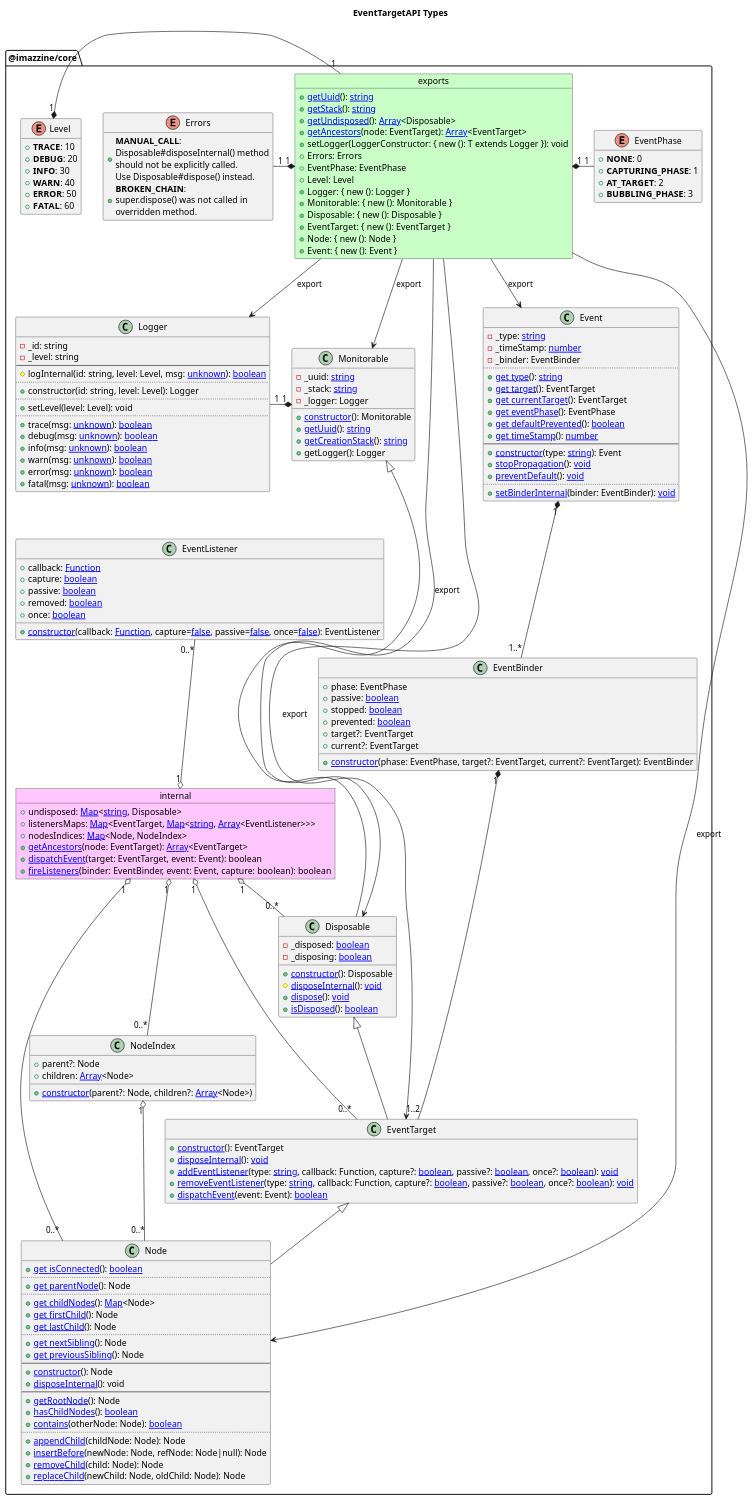
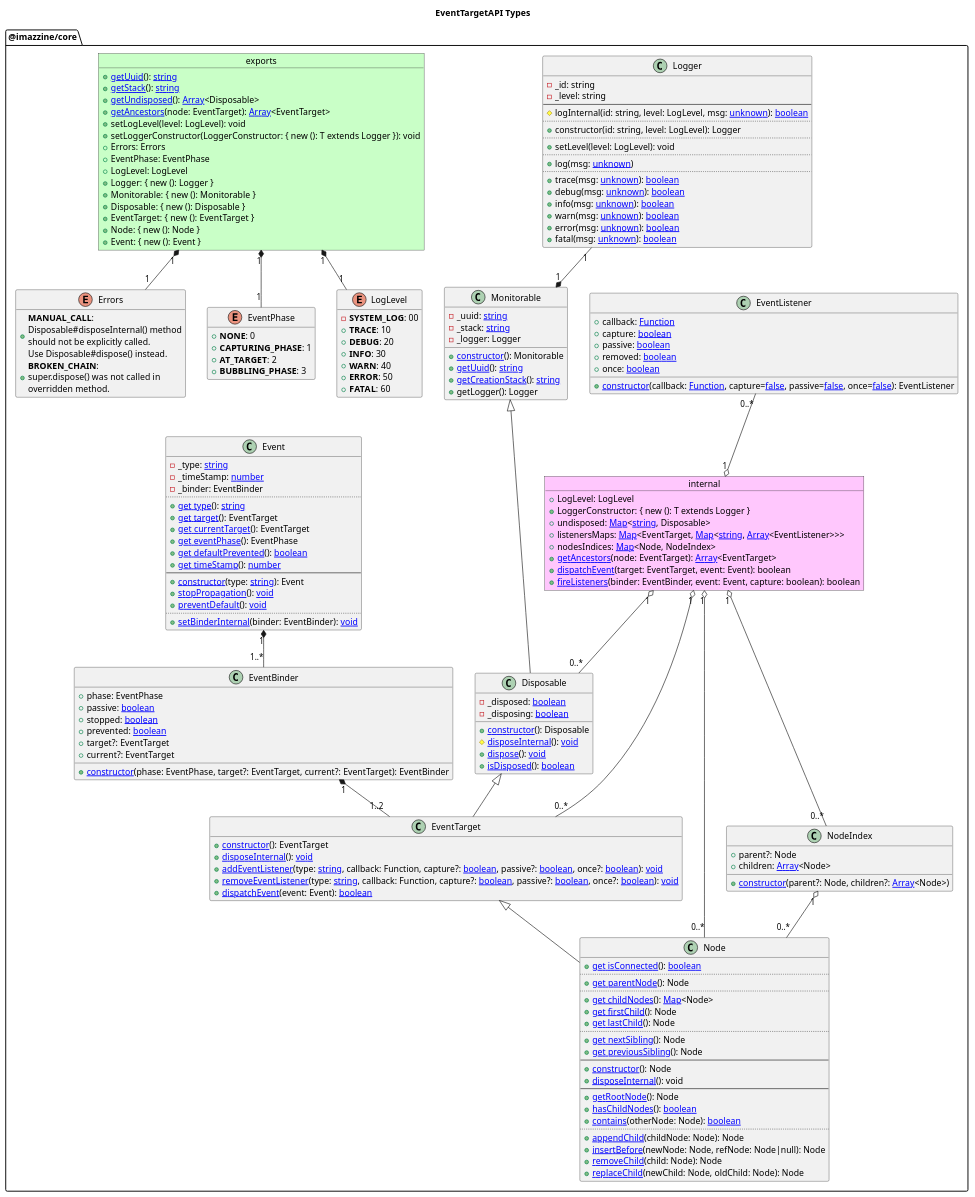
Before and after one commit to imazzine/imazzine.github.io: the first of 50 diagrams in _uml/puml/EventTargetAPI.puml, drawn with PlantUML. The commit also changed 1 other file, not shown here.

```diff
--- a/_uml/puml/EventTargetAPI.puml
+++ b/_uml/puml/EventTargetAPI.puml
@@ -9,6 +9,8 @@
     package "@imazzine/core" as ImazzineCorePackage {
 
         object internal #ffc7fd {
+            +LogLevel: LogLevel
+            +LoggerConstructor: { new (): T extends Logger }
             +undisposed: [[https://developer.mozilla.org/en-US/docs/Web/JavaScript/Reference/Global_Objects/Map Map]]<[[https://developer.mozilla.org/en-US/docs/Web/JavaScript/Reference/Global_Objects/String string]], Disposable>
             +listenersMaps: [[https://developer.mozilla.org/en-US/docs/Web/JavaScript/Reference/Global_Objects/Map Map]]<EventTarget, [[https://developer.mozilla.org/en-US/docs/Web/JavaScript/Reference/Global_Objects/Map Map]]<[[https://developer.mozilla.org/en-US/docs/Web/JavaScript/Reference/Global_Objects/String string]], [[https://developer.mozilla.org/en-US/docs/Web/JavaScript/Reference/Global_Objects/Array Array]]<EventListener>>>
             +nodesIndices: [[https://developer.mozilla.org/en-US/docs/Web/JavaScript/Reference/Global_Objects/Map Map]]<Node, NodeIndex>
@@ -22,10 +24,11 @@
             +[[./Definition_exports.getStack.svg getStack]](): [[https://developer.mozilla.org/en-US/docs/Web/JavaScript/Reference/Global_Objects/String string]]
             +[[./Definition_exports.getUndisposed.svg getUndisposed]](): [[https://developer.mozilla.org/en-US/docs/Web/JavaScript/Reference/Global_Objects/Array Array]]<Disposable>
             +[[./Definition_exports.getAncestors.svg getAncestors]](node: EventTarget): [[https://developer.mozilla.org/en-US/docs/Web/JavaScript/Reference/Global_Objects/Array Array]]<EventTarget>
-            +setLogger(LoggerConstructor: { new (): T extends Logger }): void
+            +setLogLevel(level: LogLevel): void
+            +setLoggerConstructor(LoggerConstructor: { new (): T extends Logger }): void
             +Errors: Errors
             +EventPhase: EventPhase
-            +Level: Level
+            +LogLevel: LogLevel
             +Logger: { new (): Logger }
             +Monitorable: { new (): Monitorable }
             +Disposable: { new (): Disposable }
@@ -38,7 +41,8 @@
             +<b>MANUAL_CALL</b>:\nDisposable#disposeInternal() method\nshould not be explicitly called.\nUse Disposable#dispose() instead.
             +<b>BROKEN_CHAIN</b>:\nsuper.dispose() was not called in\noverridden method.
         }
-        ImazzineCorePackageErrors "1" -* "1" ImazzineCorePackageExports
+        ' ImazzineCorePackageErrors "1" -* "1" ImazzineCorePackageExports
+        ImazzineCorePackageExports "1" *-- "1" ImazzineCorePackageErrors
 
         enum EventPhase {
             +<b>NONE</b>: 0
@@ -46,9 +50,10 @@
             +<b>AT_TARGET</b>: 2
             +<b>BUBBLING_PHASE</b>: 3
         }
-        ImazzineCorePackageExports "1" *- "1" EventPhase
+        ImazzineCorePackageExports "1" *-- "1" EventPhase
 
-        enum Level {
+        enum LogLevel {
+            -<b>SYSTEM_LOG</b>: 00
             +<b>TRACE</b>: 10
             +<b>DEBUG</b>: 20
             +<b>INFO</b>: 30
@@ -56,17 +61,20 @@
             +<b>ERROR</b>: 50
             +<b>FATAL</b>: 60
         }
-        Level "1" *- "1" ImazzineCorePackageExports
+        ' LogLevel "1" -* "1" ImazzineCorePackageExports
+        ImazzineCorePackageExports "1" *-- "1" LogLevel
 
         class Logger {
             -_id: string
             -_level: string
             --
-            #logInternal(id: string, level: Level, msg: [[https://www.typescriptlang.org/docs/handbook/2/functions.html#unknown unknown]]): [[https://developer.mozilla.org/en-US/docs/Web/JavaScript/Reference/Global_Objects/Boolean boolean]]
+            #logInternal(id: string, level: LogLevel, msg: [[https://www.typescriptlang.org/docs/handbook/2/functions.html#unknown unknown]]): [[https://developer.mozilla.org/en-US/docs/Web/JavaScript/Reference/Global_Objects/Boolean boolean]]
             ..
-            +constructor(id: string, level: Level): Logger
+            +constructor(id: string, level: LogLevel): Logger
             ..
-            +setLevel(level: Level): void
+            +setLevel(level: LogLevel): void
+            ..
+            +log(msg: [[https://www.typescriptlang.org/docs/handbook/2/functions.html#unknown unknown]])
             ..
             +trace(msg: [[https://www.typescriptlang.org/docs/handbook/2/functions.html#unknown unknown]]): [[https://developer.mozilla.org/en-US/docs/Web/JavaScript/Reference/Global_Objects/Boolean boolean]]
             +debug(msg: [[https://www.typescriptlang.org/docs/handbook/2/functions.html#unknown unknown]]): [[https://developer.mozilla.org/en-US/docs/Web/JavaScript/Reference/Global_Objects/Boolean boolean]]
@@ -75,7 +83,7 @@
             +error(msg: [[https://www.typescriptlang.org/docs/handbook/2/functions.html#unknown unknown]]): [[https://developer.mozilla.org/en-US/docs/Web/JavaScript/Reference/Global_Objects/Boolean boolean]]
             +fatal(msg: [[https://www.typescriptlang.org/docs/handbook/2/functions.html#unknown unknown]]): [[https://developer.mozilla.org/en-US/docs/Web/JavaScript/Reference/Global_Objects/Boolean boolean]]
         }
-        ImazzineCorePackageExports --> Logger : export
+        ' ImazzineCorePackageExports --> Logger : export
         
         class Monitorable {
             -_uuid: [[https://developer.mozilla.org/en-US/docs/Web/JavaScript/Reference/Global_Objects/String string]]
@@ -86,7 +94,7 @@
             +[[./Definition_Monitorable.getCreationStack.svg getCreationStack]](): [[https://developer.mozilla.org/en-US/docs/Web/JavaScript/Reference/Global_Objects/String string]]
             +getLogger(): Logger
         }
-        ImazzineCorePackageExports --> Monitorable : export
+        ' ImazzineCorePackageExports --> Monitorable : export
         Logger "1" -* "1" Monitorable
 
         class Disposable extends Monitorable {
@@ -98,7 +106,7 @@
             +[[./Definition_Disposable.isDisposed.svg isDisposed]](): [[https://developer.mozilla.org/en-US/docs/Web/JavaScript/Reference/Global_Objects/Boolean boolean]]
         }
         internal "1" o-- "0..*" Disposable
-        ImazzineCorePackageExports --> Disposable : export
+        ' ImazzineCorePackageExports --> Disposable : export
 
         class EventListener {
             +callback: [[https://developer.mozilla.org/en-US/docs/Web/JavaScript/Reference/Global_Objects/Function Function]]
@@ -119,7 +127,7 @@
             +[[./Definition_EventTarget.dispatchEvent.svg dispatchEvent]](event: Event): [[https://developer.mozilla.org/en-US/docs/Web/JavaScript/Reference/Global_Objects/Boolean boolean]]
         }
         internal "1" o-- "0..*" EventTarget
-        ImazzineCorePackageExports --> EventTarget : export
+        ' ImazzineCorePackageExports --> EventTarget : export
 
         class EventBinder {
             +phase: EventPhase
@@ -151,7 +159,7 @@
             +[[./Definition_Event.setBinderInternal.svg setBinderInternal]](binder: EventBinder): [[https://developer.mozilla.org/en-US/docs/Web/JavaScript/Reference/Operators/void void]]
         }
         Event "1" *-- "1..*" EventBinder
-        ImazzineCorePackageExports --> Event : export
+        ' ImazzineCorePackageExports --> Event : export
 
         class Node extends EventTarget {
             +[[./Definition_Node.isConnected.svg get isConnected]](): [[https://developer.mozilla.org/en-US/docs/Web/JavaScript/Reference/Global_Objects/Boolean boolean]]
@@ -178,7 +186,7 @@
             +[[./Definition_Node.replaceChild.svg replaceChild]](newChild: Node, oldChild: Node): Node
         }
         internal "1" o-- "0..*" Node
-        ImazzineCorePackageExports --> Node : export
+        ' ImazzineCorePackageExports --> Node : export
 
         class NodeIndex {
             +parent?: Node
```
